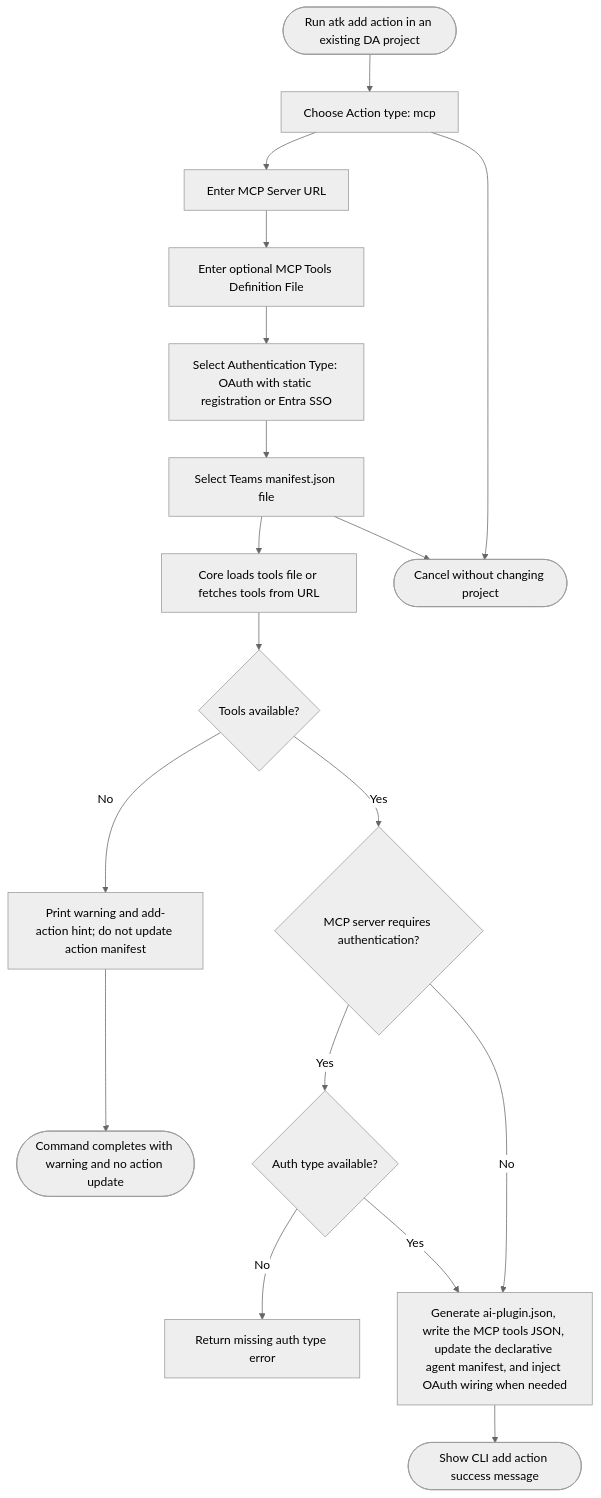
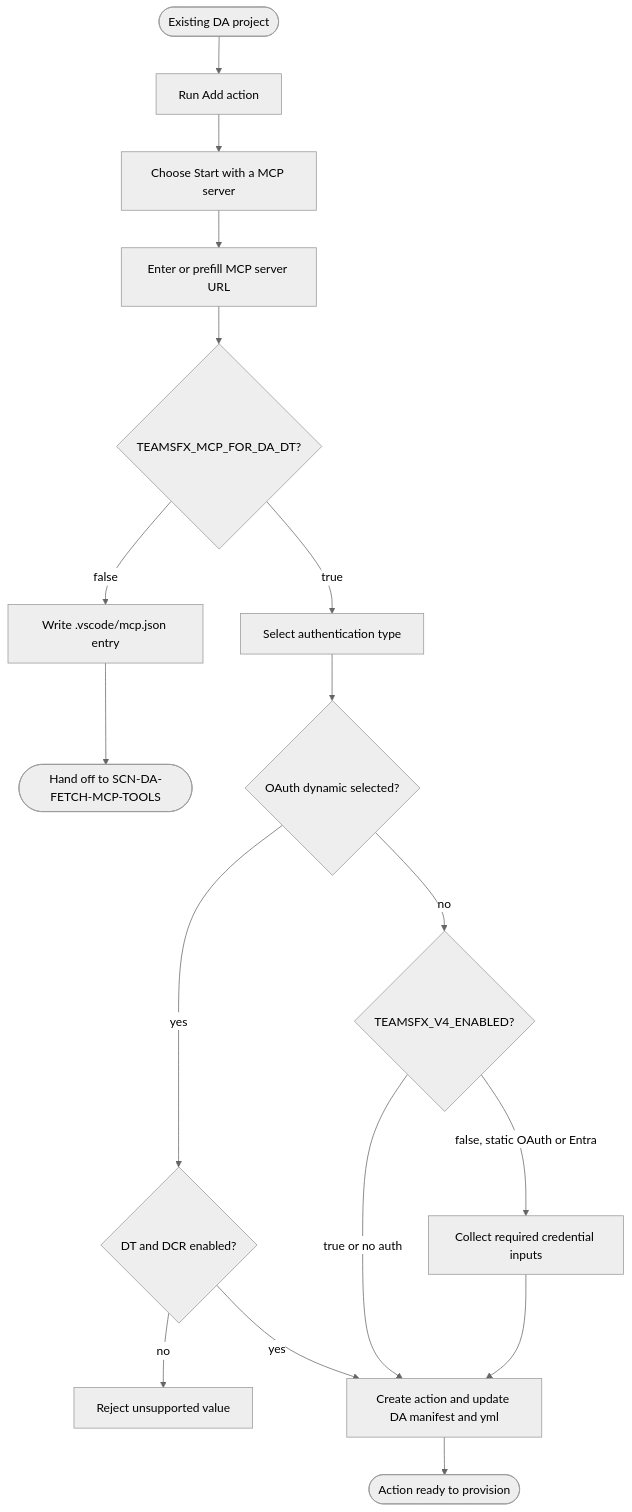
Before and after one commit to OfficeDev/Teams-Toolkit: the diagram in docs/01-product/scenarios/da/add-mcp-action-to-da.md, drawn with Mermaid (neutral theme). The commit also changed other lines of this file and 59 other files, not shown here.

````diff
--- a/docs/01-product/scenarios/da/add-mcp-action-to-da.md
+++ b/docs/01-product/scenarios/da/add-mcp-action-to-da.md
@@ -89,20 +100,19 @@
 ```mermaid
 flowchart TD
-  Start([Run atk add action in an existing DA project]) --> ChooseType[Choose Action type: mcp]
-  ChooseType --> EnterUrl[Enter MCP Server URL]
-  EnterUrl --> EnterToolsFile[Enter optional MCP Tools Definition File]
-  EnterToolsFile --> SelectAuth[Select Authentication Type: OAuth with static registration or Entra SSO]
-  SelectAuth --> SelectManifest[Select Teams manifest.json file]
-  SelectManifest --> CoreUpdate[Core loads tools file or fetches tools from URL]
-  CoreUpdate --> ToolsAvailable{Tools available?}
-  ToolsAvailable -- No --> WarnOnly[Print warning and add-action hint; do not update action manifest]
-  ToolsAvailable -- Yes --> AuthRequired{MCP server requires authentication?}
-  AuthRequired -- Yes --> AuthReady{Auth type available?}
-  AuthReady -- No --> MissingAuth[Return missing auth type error]
-  AuthReady -- Yes --> WriteFiles[Generate ai-plugin.json, write the MCP tools JSON, update the declarative agent manifest, and inject OAuth wiring when needed]
-  AuthRequired -- No --> WriteFiles
-  WriteFiles --> Complete([Show CLI add action success message])
-  WarnOnly --> CompleteNoChange([Command completes with warning and no action update])
-  ChooseType --> Cancel([Cancel without changing project])
-  SelectManifest --> Cancel
+	Start([Existing DA project]) --> Add[Run Add action]
+	Add --> Source[Choose Start with a MCP server]
+	Source --> URL[Enter or prefill MCP server URL]
+	URL --> DT{TEAMSFX_MCP_FOR_DA_DT?}
+	DT -- false --> Stage[Write .vscode/mcp.json entry]
+	Stage --> Fetch([Hand off to SCN-DA-FETCH-MCP-TOOLS])
+	DT -- true --> Auth[Select authentication type]
+	Auth --> DCR{OAuth dynamic selected?}
+	DCR -- yes --> Gate{DT and DCR enabled?}
+	Gate -- no --> Invalid[Reject unsupported value]
+	Gate -- yes --> Write
+  DCR -- no --> Engine{TEAMSFX_V4_ENABLED?}
+  Engine -- false, static OAuth or Entra --> Credentials[Collect required credential inputs]
+  Engine -- true or no auth --> Write[Create action and update DA manifest and yml]
+  Credentials --> Write
+	Write --> Complete([Action ready to provision])
 ```
````
